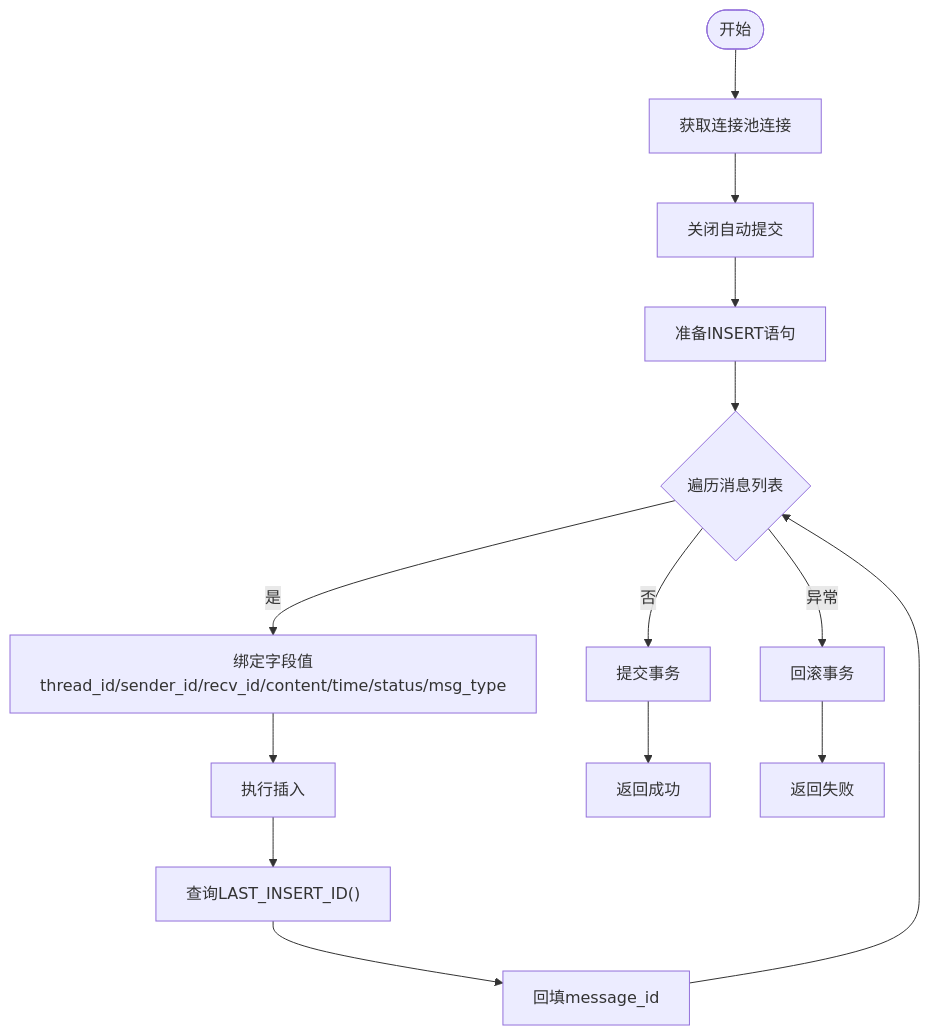
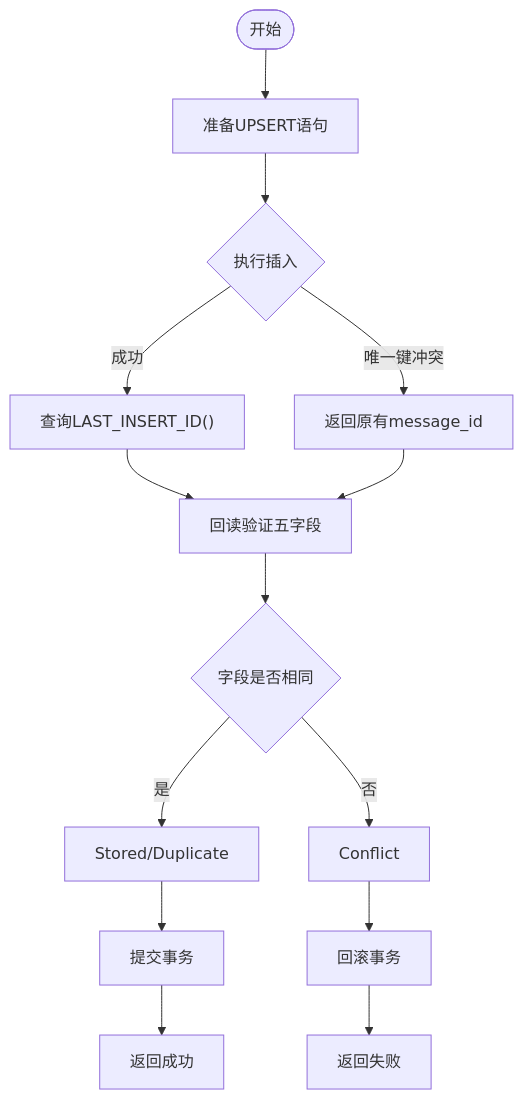
Before and after one commit to echo9923/mychatter: the fourth of 8 diagrams in .qoder/repowiki/zh/content/数据库设计/数据库表结构/聊天消息表(chat_message).md, drawn with Mermaid. The commit also changed other lines of this file and 54 other files, not shown here.

````diff
--- a/.qoder/repowiki/zh/content/数据库设计/数据库表结构/聊天消息表(chat_message).md
+++ b/.qoder/repowiki/zh/content/数据库设计/数据库表结构/聊天消息表(chat_message).md
@@ -174,16 +205,16 @@
 ```mermaid
 flowchart TD
-Start(["开始"]) --> GetConn["获取连接池连接"]
-GetConn --> SetAutoOff["关闭自动提交"]
-SetAutoOff --> PrepareStmt["准备INSERT语句"]
-PrepareStmt --> LoopInsert{"遍历消息列表"}
-LoopInsert --> |是| BindFields["绑定字段值<br/>thread_id/sender_id/recv_id/content/time/status/msg_type"]
-BindFields --> ExecInsert["执行插入"]
-ExecInsert --> GetLastId["查询LAST_INSERT_ID()"]
-GetLastId --> AssignId["回填message_id"]
-AssignId --> LoopInsert
-LoopInsert --> |否| Commit["提交事务"]
-Commit --> ReturnTrue["返回成功"]
-LoopInsert --> |异常| Rollback["回滚事务"]
-Rollback --> ReturnFalse["返回失败"]
+Start(["开始"]) --> PrepareStmt["准备UPSERT语句"]
+PrepareStmt --> ExecuteInsert{"执行插入"}
+ExecuteInsert --> |成功| GetLastId["查询LAST_INSERT_ID()"]
+ExecuteInsert --> |唯一键冲突| ReturnOldId["返回原有message_id"]
+GetLastId --> ReadBack["回读验证五字段"]
+ReturnOldId --> ReadBack
+ReadBack --> CheckSame{"字段是否相同"}
+CheckSame --> |是| Stored["Stored/Duplicate"]
+CheckSame --> |否| Conflict["Conflict"]
+Stored --> Commit["提交事务"]
+Conflict --> Rollback["回滚事务"]
+Commit --> ReturnSuccess["返回成功"]
+Rollback --> ReturnFailed["返回失败"]
 ```
````
